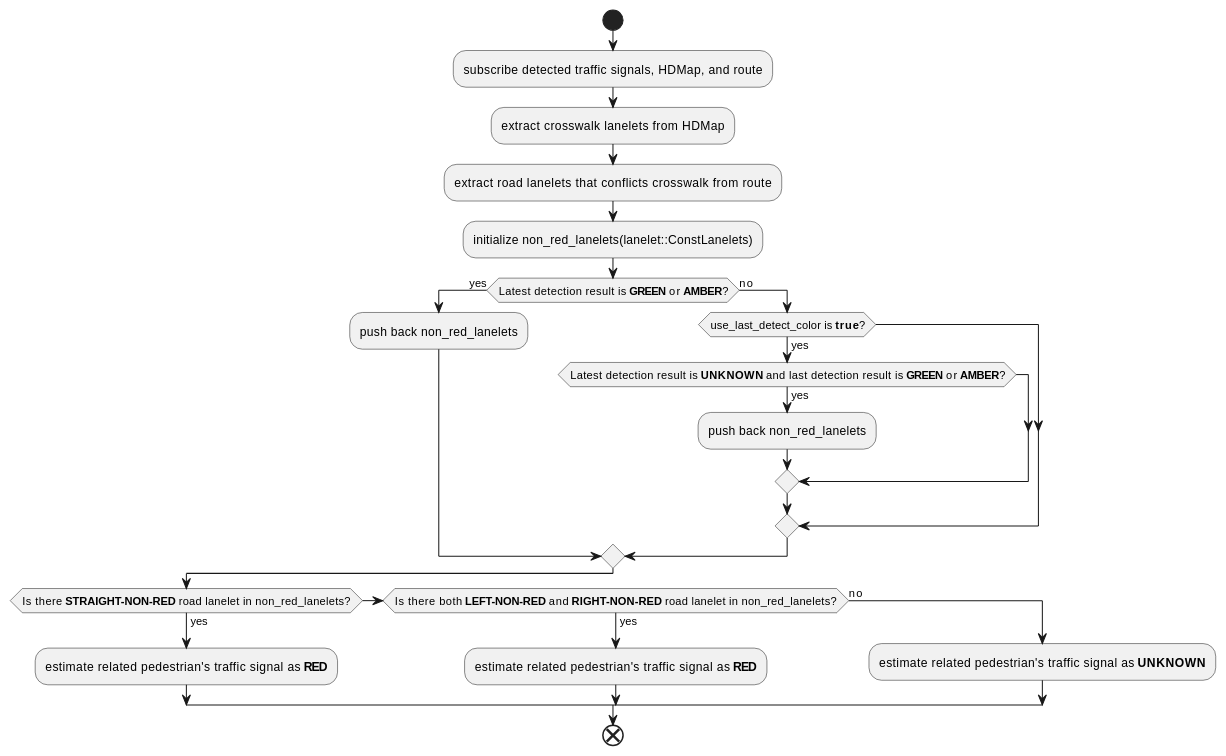
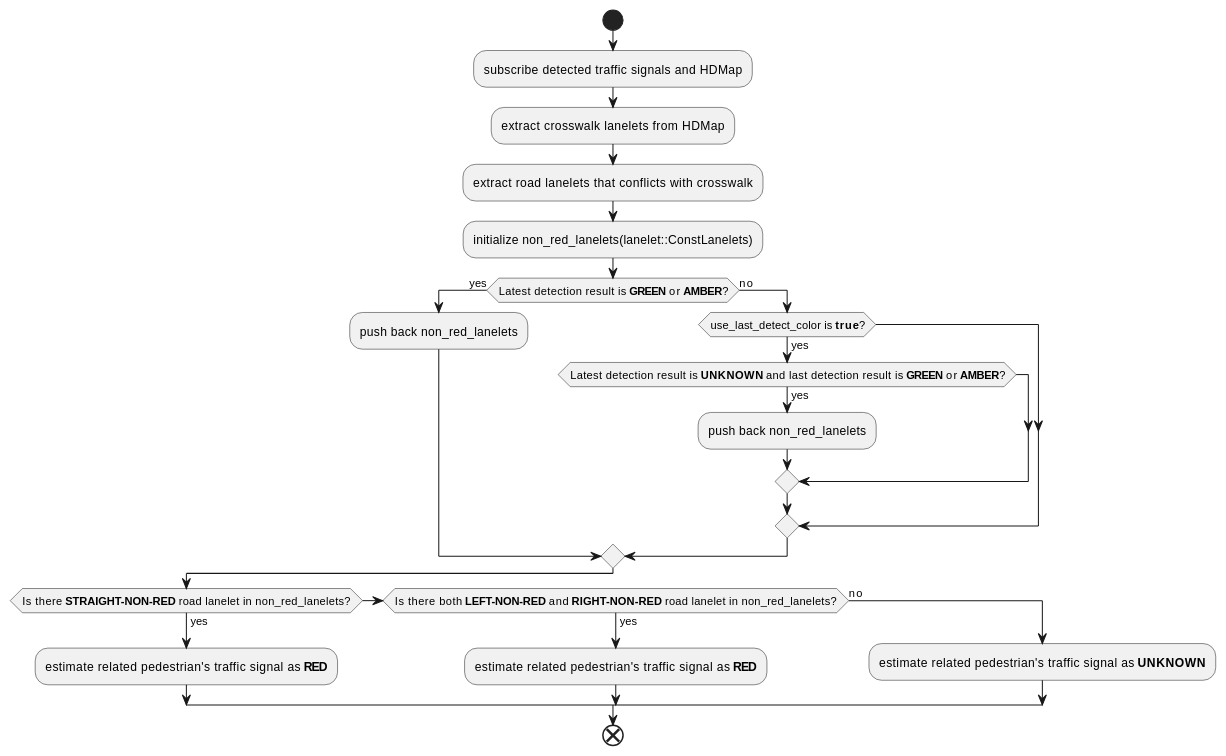
Before and after one commit to tier4/autoware_universe_sensing_perception: the diagram in perception/autoware_crosswalk_traffic_light_estimator/README.md, drawn with PlantUML. The commit also changed other lines of this file and 6 other files, not shown here.

First line of the commit message:
feat(crosswalk_traffic_light_estimator): remove /route topic to simplify estimation logic (autowarefoundation/autoware_universe#12116)

````diff
--- a/perception/autoware_crosswalk_traffic_light_estimator/README.md
+++ b/perception/autoware_crosswalk_traffic_light_estimator/README.md
@@ -82,26 +79,26 @@
 ```plantuml
 
 start
-:subscribe detected traffic signals, HDMap, and route;
+:subscribe detected traffic signals and HDMap;
 :extract crosswalk lanelets from HDMap;
-:extract road lanelets that conflicts crosswalk from route;
+:extract road lanelets that conflicts with crosswalk;
 :initialize non_red_lanelets(lanelet::ConstLanelets);
 if (Latest detection result is **GREEN** or **AMBER**?) then (yes)
   :push back non_red_lanelets;
 else (no)
   if (use_last_detect_color is **true**?) then (yes)
     if (Latest detection result is **UNKNOWN** and last detection result is **GREEN** or **AMBER**?) then (yes)
      :push back non_red_lanelets;
     endif
   endif
 endif
 if (Is there **STRAIGHT-NON-RED** road lanelet in non_red_lanelets?) then (yes)
   :estimate related pedestrian's traffic signal as **RED**;
 else if (Is there both **LEFT-NON-RED** and **RIGHT-NON-RED** road lanelet in non_red_lanelets?) then (yes)
   :estimate related pedestrian's traffic signal as **RED**;
 else (no)
   :estimate related pedestrian's traffic signal as **UNKNOWN**;
 endif
 end
 
 ```
````
